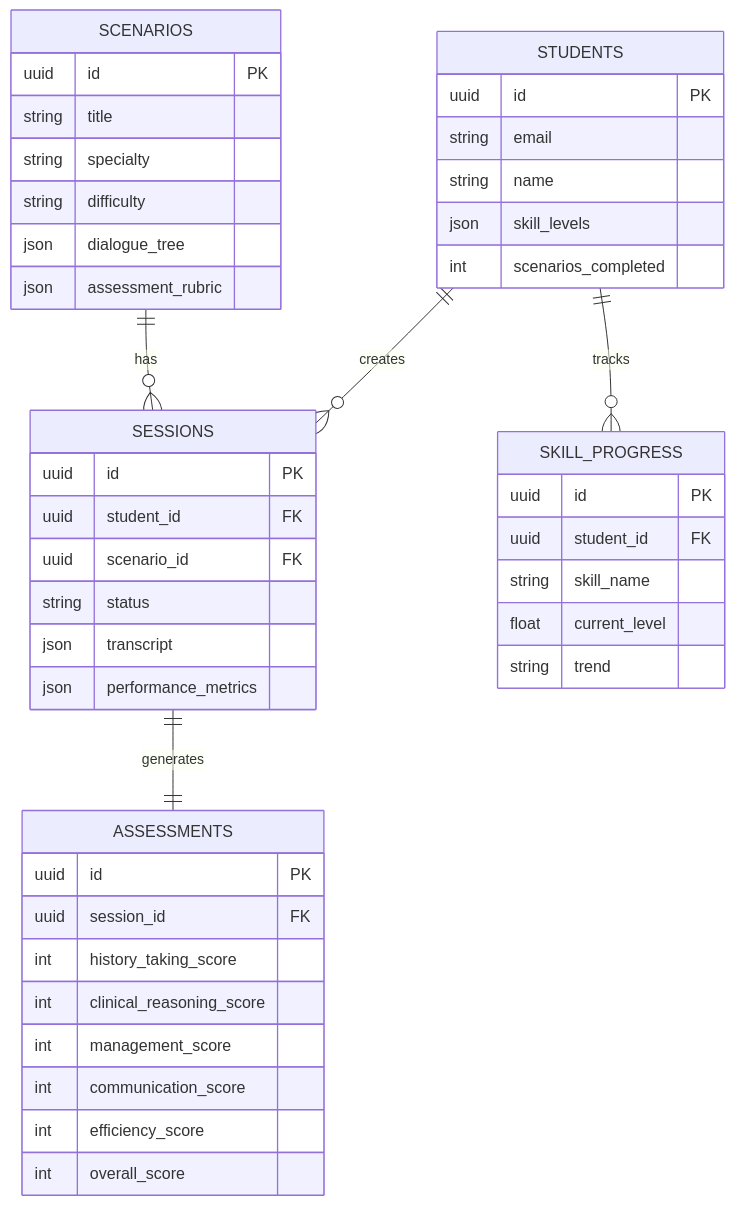
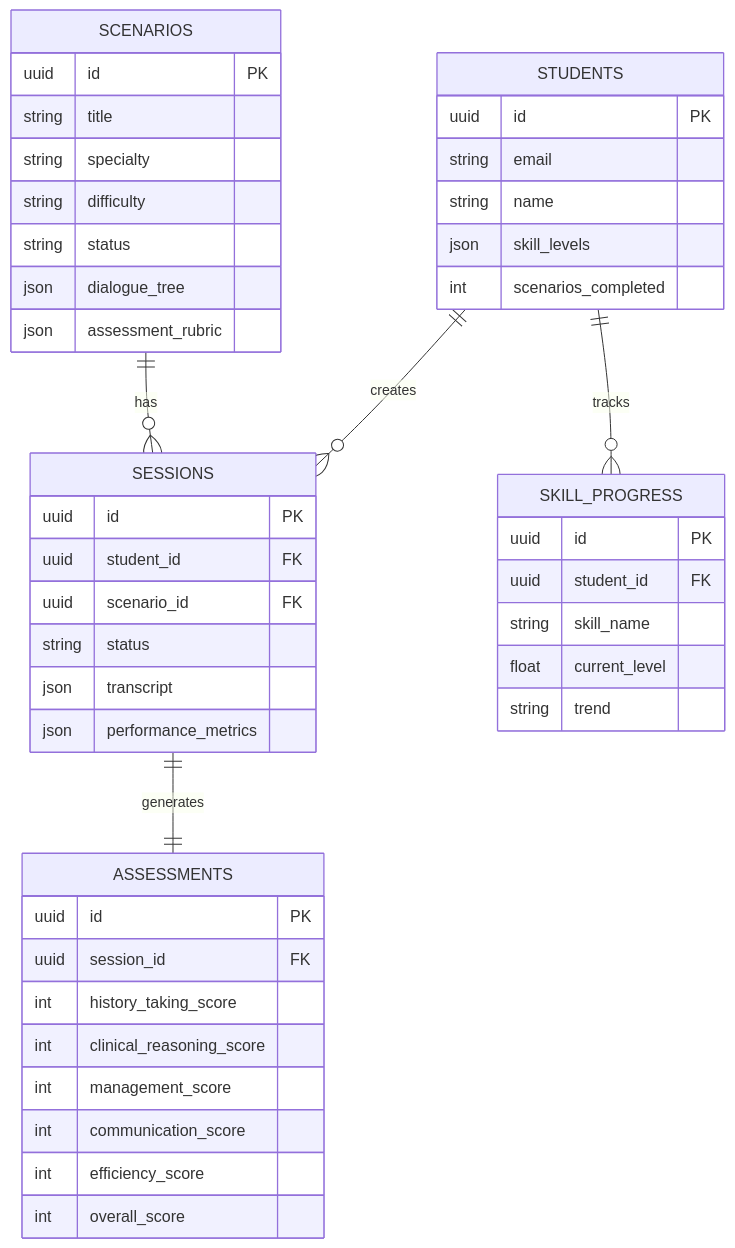
One commit to Amoukli/Coach_AI changed the third of 6 diagrams in docs/diagrams/architecture.md. Above: the diagram before and after it, drawn with Mermaid. The commit also changed other lines of this file and 4 other files, not shown here.

First line of the commit message:
Update architecture diagrams for Admin UI and Clark integration

````diff
--- a/docs/diagrams/architecture.md
+++ b/docs/diagrams/architecture.md
@@ -95,52 +106,53 @@
 ```mermaid
 erDiagram
     STUDENTS ||--o{ SESSIONS : creates
     STUDENTS ||--o{ SKILL_PROGRESS : tracks
     SCENARIOS ||--o{ SESSIONS : has
     SESSIONS ||--|| ASSESSMENTS : generates
 
     STUDENTS {
         uuid id PK
         string email
         string name
         json skill_levels
         int scenarios_completed
     }
 
     SCENARIOS {
         uuid id PK
         string title
         string specialty
         string difficulty
+        string status
         json dialogue_tree
         json assessment_rubric
     }
 
     SESSIONS {
         uuid id PK
         uuid student_id FK
         uuid scenario_id FK
         string status
         json transcript
         json performance_metrics
     }
 
     ASSESSMENTS {
         uuid id PK
         uuid session_id FK
         int history_taking_score
         int clinical_reasoning_score
         int management_score
         int communication_score
         int efficiency_score
         int overall_score
     }
 
     SKILL_PROGRESS {
         uuid id PK
         uuid student_id FK
         string skill_name
         float current_level
         string trend
     }
 ```
````
